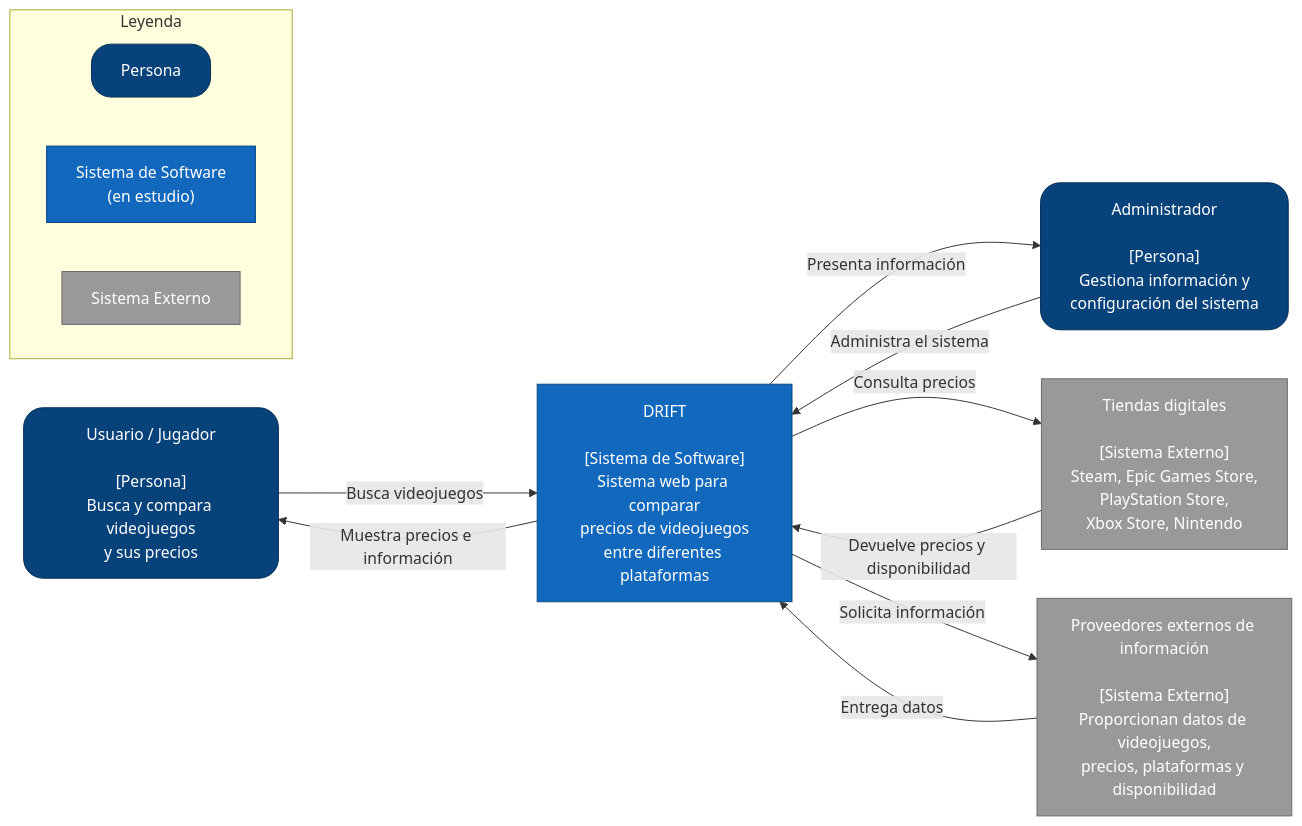
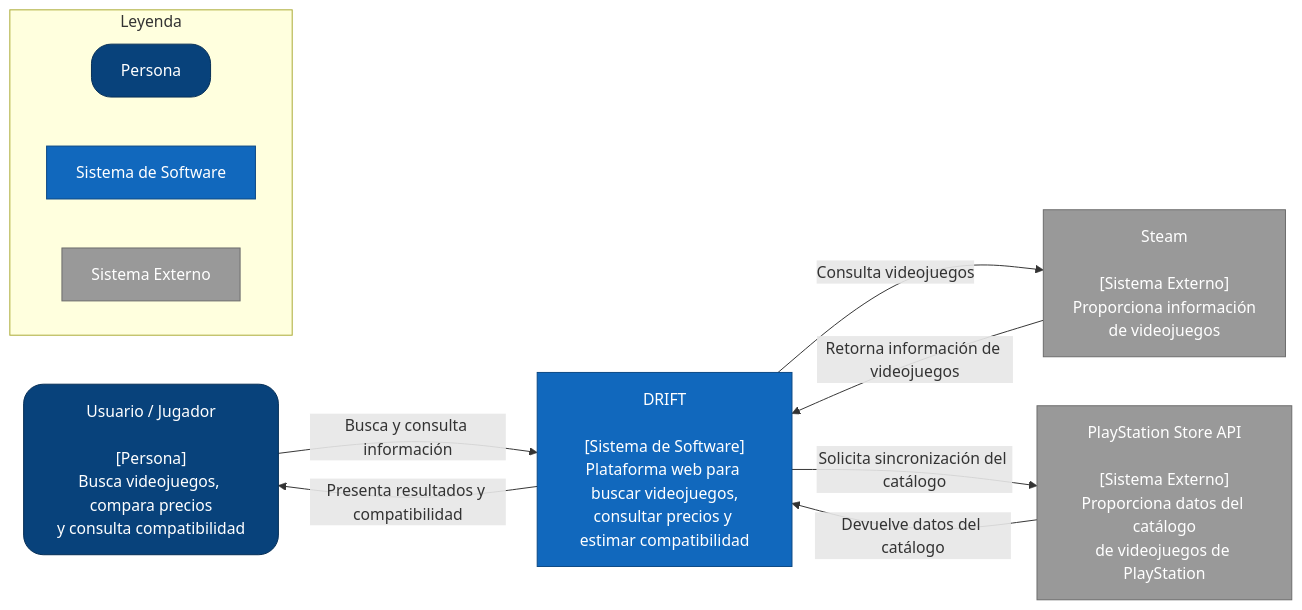
One commit to ISCOUTB/AS_202620_Drift changed the diagram in docs/c4/contexto.md. Above: the diagram before and after it, drawn with Mermaid. The commit also changed other lines of this file, not shown here.

First line of the commit message:
Revise context diagram and update descriptions

````diff
--- a/docs/c4/contexto.md
+++ b/docs/c4/contexto.md
@@ -6,32 +9,34 @@
 ```mermaid
 flowchart LR
-    U["Usuario / Jugador<br/><br/>[Persona]<br/>Busca y compara videojuegos<br/>y sus precios"]
-    A["Administrador<br/><br/>[Persona]<br/>Gestiona información y<br/>configuración del sistema"]
-    D["DRIFT<br/><br/>[Sistema de Software]<br/>Sistema web para comparar<br/>precios de videojuegos<br/>entre diferentes plataformas"]
-    T["Tiendas digitales<br/><br/>[Sistema Externo]<br/>Steam, Epic Games Store,<br/>PlayStation Store,<br/>Xbox Store, Nintendo"]
-    P["Proveedores externos de información<br/><br/>[Sistema Externo]<br/>Proporcionan datos de videojuegos,<br/>precios, plataformas y disponibilidad"]
+    U["Usuario / Jugador<br/><br/>[Persona]<br/>Busca videojuegos, compara precios<br/>y consulta compatibilidad"]
 
-    U -->|"Busca videojuegos"| D
-    D -->|"Muestra precios e información"| U
-    A -->|"Administra el sistema"| D
-    D -->|"Presenta información"| A
-    D -->|"Consulta precios"| T
-    T -->|"Devuelve precios y disponibilidad"| D
-    D -->|"Solicita información"| P
-    P -->|"Entrega datos"| D
+    D["DRIFT<br/><br/>[Sistema de Software]<br/>Plataforma web para buscar videojuegos,<br/>consultar precios y estimar compatibilidad"]
+
+    S["Steam<br/><br/>[Sistema Externo]<br/>Proporciona información<br/>de videojuegos"]
+
+    P["PlayStation Store API<br/><br/>[Sistema Externo]<br/>Proporciona datos del catálogo<br/>de videojuegos de PlayStation"]
+
+    U -->|"Busca y consulta información"| D
+    D -->|"Presenta resultados y compatibilidad"| U
+
+    D -->|"Consulta videojuegos"| S
+    S -->|"Retorna información de videojuegos"| D
+
+    D -->|"Solicita sincronización del catálogo"| P
+    P -->|"Devuelve datos del catálogo"| D
 
     classDef person fill:#08427b,stroke:#052e56,color:#ffffff,rx:20,ry:20
     classDef system fill:#1168bd,stroke:#0b4884,color:#ffffff
     classDef external fill:#999999,stroke:#6b6b6b,color:#ffffff
 
-    class U,A person
+    class U person
     class D system
-    class T,P external
+    class S,P external
 
-    subgraph Leyenda["Leyenda"]
+    subgraph LEYENDA["Leyenda"]
         direction LR
         L1["Persona"]:::person
-        L2["Sistema de Software<br/>(en estudio)"]:::system
+        L2["Sistema de Software"]:::system
         L3["Sistema Externo"]:::external
     end
 ```
````
